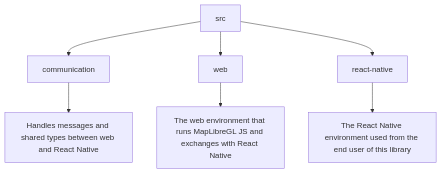
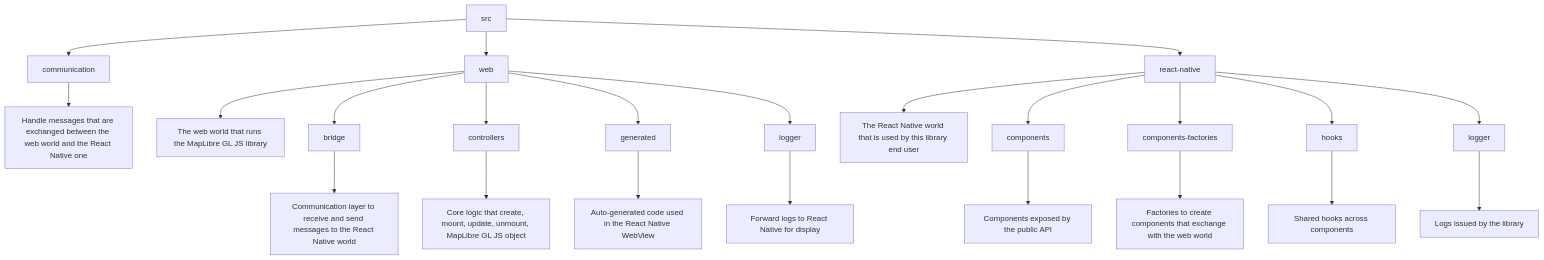
The diagram in docs/developer/index.md (emilienaufauvre/react-native-maplibre-gl-js), drawn with Mermaid before and after one commit. The commit also changed other lines of this file, not shown here.

````diff
--- a/docs/developer/index.md
+++ b/docs/developer/index.md
@@ -46,10 +57,30 @@
 ```mermaid
 graph TD
 A[src] --> B[communication]
 A[src] --> C[web]
 A[src] --> D[react-native]
 
-    B --> B1[Handles messages and shared types between web and React Native]
-    C --> C1[The web environment that runs MapLibreGL JS and exchanges with React Native]
-    D --> D1[The React Native environment used from the end user of this library]
+B --> B1[Handle messages that are exchanged between the web world and the React Native one]
+
+C --> C1[The web world that runs the MapLibre GL JS library]
+C --> C2[bridge]
+C --> C3[controllers]
+C --> C4[generated]
+C --> C5[logger]
+
+C2 --> C2a[Communication layer to receive and send messages to the React Native world]
+C3 --> C3a[Core logic that create, mount, update, unmount, MapLibre GL JS object]
+C4 --> C4a[Auto-generated code used in the React Native WebView]
+C5 --> C5a[Forward logs to React Native for display]
+
+D --> D1[The React Native world that is used by this library end user]
+D --> D2[components]
+D --> D3[components-factories]
+D --> D4[hooks]
+D --> D5[logger]
+
+D2 --> D2a[Components exposed by the public API]
+D3 --> D3a[Factories to create components that exchange with the web world]
+D4 --> D4a[Shared hooks across components]
+D5 --> D5a[Logs issued by the library]
 ```
````
